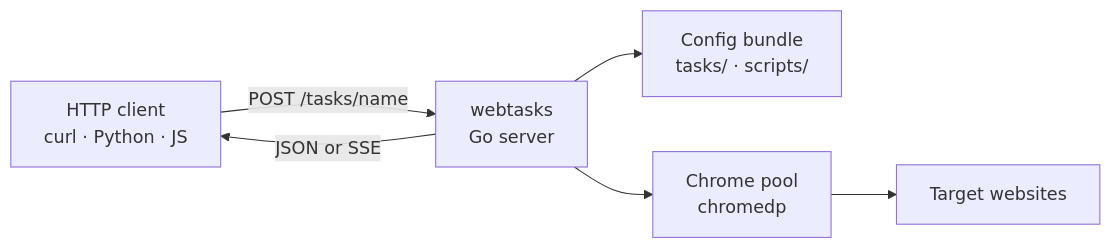
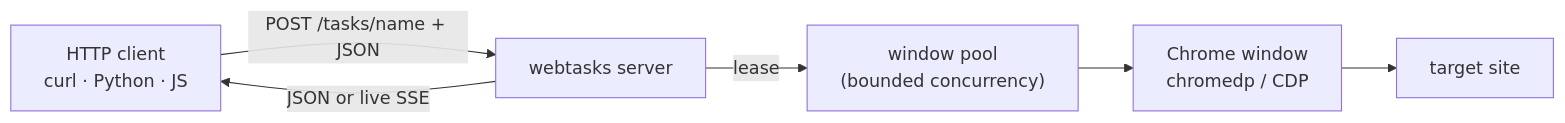
One commit to olivierdevelops/webtasks changed the diagram in docs/index.md. Above: the diagram before and after it, drawn with Mermaid. The commit also changed other lines of this file and 72 other files, not shown here.

````diff
--- a/docs/index.md
+++ b/docs/index.md
@@ -95,14 +243,14 @@
 ```mermaid
 flowchart LR
-    Client["HTTP client\ncurl · Python · JS"]
-    Server["webtasks\nGo server"]
-    Bundle["Config bundle\ntasks/ · scripts/"]
-    Chrome["Chrome pool\nchromedp"]
-    Web["Target websites"]
+    Client["HTTP client<br/>curl · Python · JS"]
+    Server["webtasks server"]
+    Pool["window pool<br/>(bounded concurrency)"]
+    Chrome["Chrome window<br/>chromedp / CDP"]
+    Web["target site"]
 
-    Client -->|"POST /tasks/name"| Server
-    Server --> Bundle
-    Server --> Chrome
+    Client -->|"POST /tasks/name + JSON"| Server
+    Server -->|"lease"| Pool
+    Pool --> Chrome
     Chrome --> Web
-    Server -->|"JSON or SSE"| Client
+    Server -->|"JSON or live SSE"| Client
 ```
````
